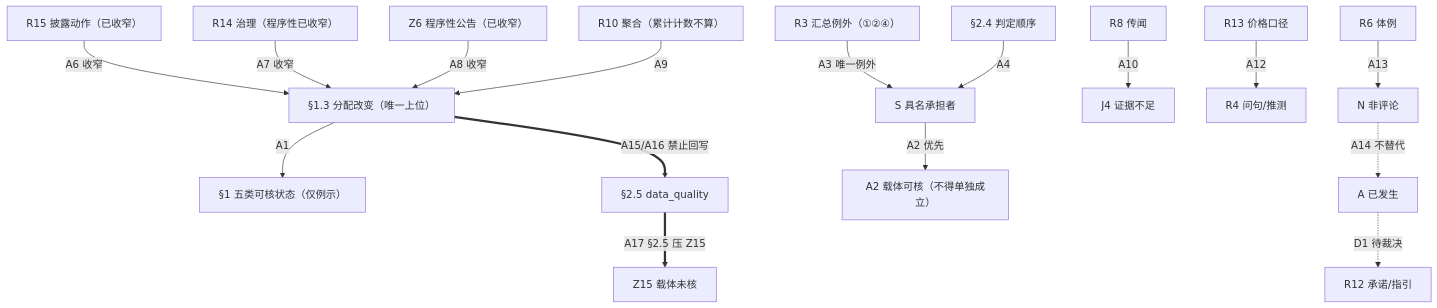
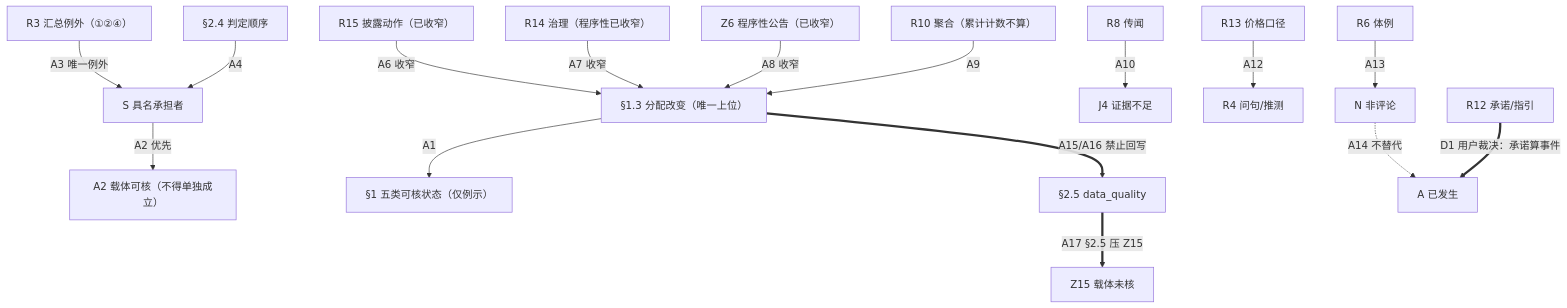
The diagram in phase0/timeline/event_definition_hierarchy.md (An0319/OmniNexus), drawn with Mermaid before and after one commit. The commit also changed other lines of this file and 7 other files, not shown here.

Commit message:
fix: implement D1 future commitment flag and tracking state schema

````diff
--- a/phase0/timeline/event_definition_hierarchy.md
+++ b/phase0/timeline/event_definition_hierarchy.md
@@ -59,39 +59,39 @@
 ```mermaid
 flowchart TD
   L13["§1.3 分配改变（唯一上位）"]
   L1["§1 五类可核状态（仅例示）"]
   S["S 具名承担者"]
   A2["A2 载体可核（不得单独成立）"]
   R3["R3 汇总例外（①②④）"]
   ORD["§2.4 判定顺序"]
   R15["R15 披露动作（已收窄）"]
   R14["R14 治理（程序性已收窄）"]
   Z6["Z6 程序性公告（已收窄）"]
   R10["R10 聚合（累计计数不算）"]
   R8["R8 传闻"]
   J4["J4 证据不足"]
   R13["R13 价格口径"]
   R4["R4 问句/推测"]
   R6["R6 体例"]
   N["N 非评论"]
   A["A 已发生"]
   R12["R12 承诺/指引"]
   Z15["Z15 载体未核"]
   DQ["§2.5 data_quality"]
 
   L13 -->|A1| L1
   S -->|A2 优先| A2
   R3 -->|A3 唯一例外| S
   ORD -->|A4| S
   R15 -->|A6 收窄| L13
   R14 -->|A7 收窄| L13
   Z6 -->|A8 收窄| L13
   R10 -->|A9| L13
   R8 -->|A10| J4
   R13 -->|A12| R4
   R6 -->|A13| N
   N -.->|A14 不替代| A
   L13 ==>|A15/A16 禁止回写| DQ
   DQ ==>|A17 §2.5 压 Z15| Z15
-  A -.->|D1 待裁决| R12
+  R12 ==>|D1 用户裁决：承诺算事件| A
 ```
````
